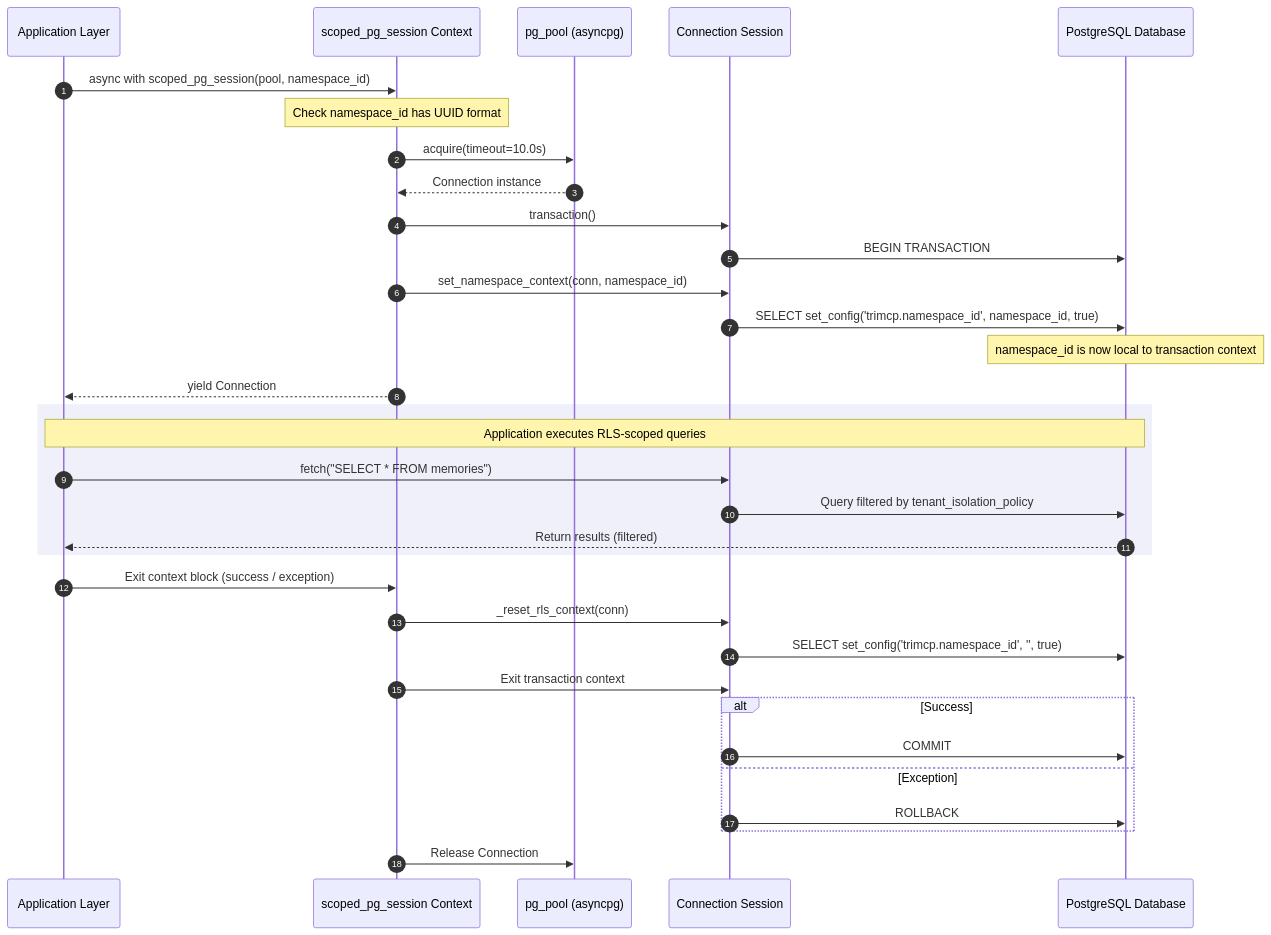
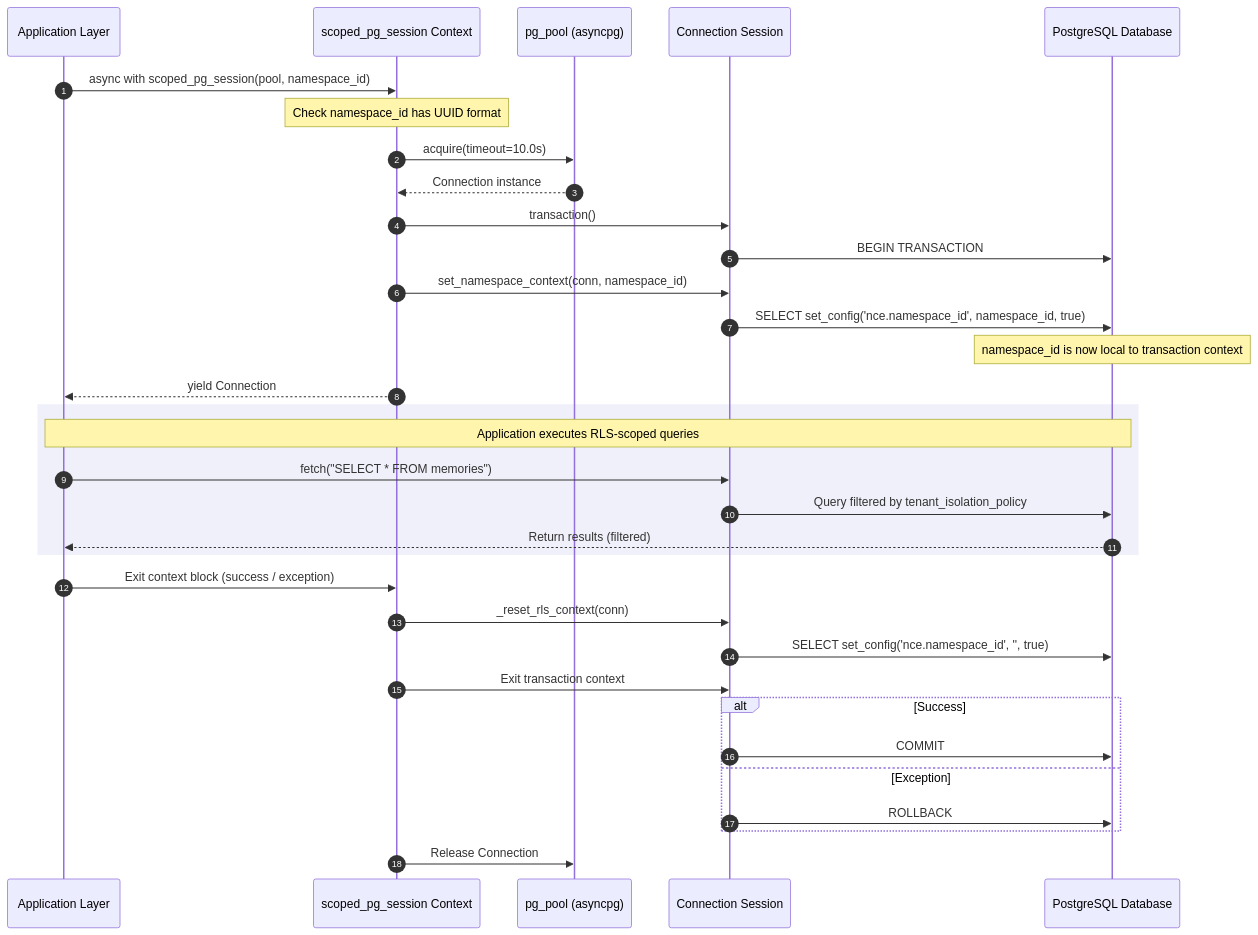
The first of 2 diagrams in docs/multi_tenancy.md (sindrehaugen/TriMCP), drawn with Mermaid before and after one commit. The commit also changed other lines of this file and 498 other files, not shown here.

````diff
--- a/docs/multi_tenancy.md
+++ b/docs/multi_tenancy.md
@@ -32,38 +32,38 @@
 ```mermaid
 sequenceDiagram
     autonumber
     participant App as Application Layer
     participant Manager as scoped_pg_session Context
     participant Pool as pg_pool (asyncpg)
     participant Conn as Connection Session
     participant DB as PostgreSQL Database
 
     App->>Manager: async with scoped_pg_session(pool, namespace_id)
     Note over Manager: Check namespace_id has UUID format
     Manager->>Pool: acquire(timeout=10.0s)
     Pool-->>Manager: Connection instance
     Manager->>Conn: transaction()
     Conn->>DB: BEGIN TRANSACTION
     Manager->>Conn: set_namespace_context(conn, namespace_id)
-    Conn->>DB: SELECT set_config('trimcp.namespace_id', namespace_id, true)
+    Conn->>DB: SELECT set_config('nce.namespace_id', namespace_id, true)
     Note over DB: namespace_id is now local to transaction context
     Manager-->>App: yield Connection
     
     rect rgb(240, 240, 250)
         Note over App, DB: Application executes RLS-scoped queries
         App->>Conn: fetch("SELECT * FROM memories")
         Conn->>DB: Query filtered by tenant_isolation_policy
         DB-->>App: Return results (filtered)
     end
 
     App->>Manager: Exit context block (success / exception)
     Manager->>Conn: _reset_rls_context(conn)
-    Conn->>DB: SELECT set_config('trimcp.namespace_id', '', true)
+    Conn->>DB: SELECT set_config('nce.namespace_id', '', true)
     Manager->>Conn: Exit transaction context
     alt Success
         Conn->>DB: COMMIT
     else Exception
         Conn->>DB: ROLLBACK
     end
     Manager->>Pool: Release Connection
 ```
````
